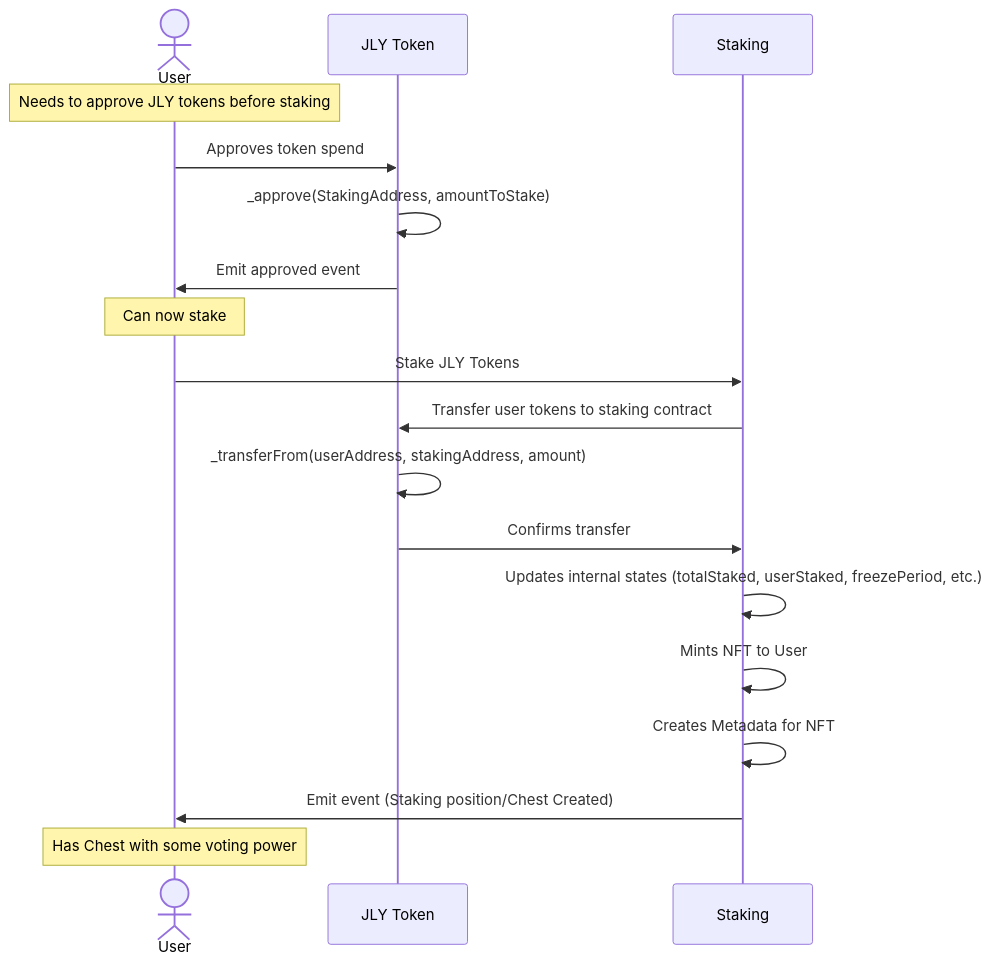
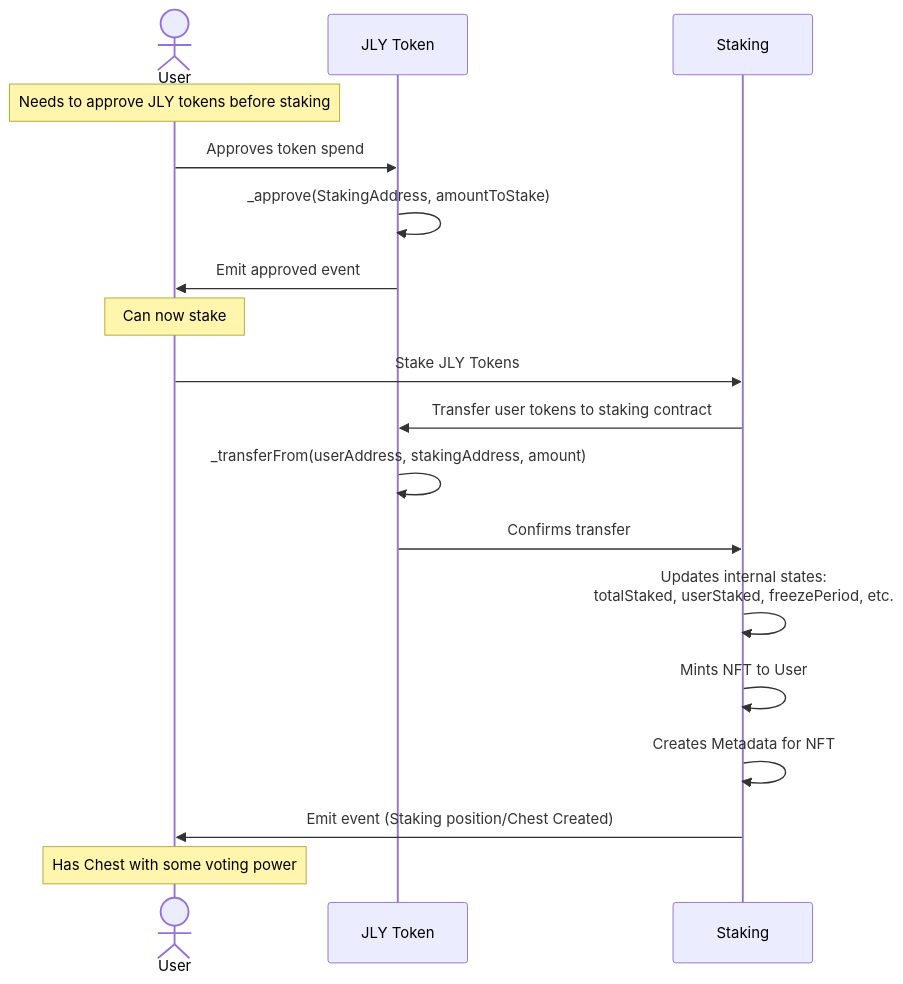
The first of 6 diagrams in docs/StakingUml.md (omahs/jelly-verse-contracts), drawn with Mermaid before and after one commit. The commit also changed other lines of this file, not shown here.

````diff
--- a/docs/StakingUml.md
+++ b/docs/StakingUml.md
@@ -20,21 +20,21 @@
 ```mermaid
 sequenceDiagram
     actor A as User
     participant B as JLY Token
     participant C as Staking
     Note over A: Needs to approve JLY tokens before staking
     A->>B: Approves token spend
     B->>B: _approve(StakingAddress, amountToStake)
     B->>A: Emit approved event 
     Note over A: Can now stake
     A->>C: Stake JLY Tokens 
     C->>B: Transfer user tokens to staking contract
     B->>B: _transferFrom(userAddress, stakingAddress, amount)
     B->>C: Confirms transfer
-    C->>C: Updates internal states (totalStaked, userStaked, freezePeriod, etc.)
+    C->>C: Updates internal states:  <br/> totalStaked, userStaked, freezePeriod, etc.
     C->>C: Mints NFT to User
     C->>C: Creates Metadata for NFT
     C->>A: Emit event (Staking position/Chest Created)
     Note over A: Has Chest with some voting power
 
 ```
````
